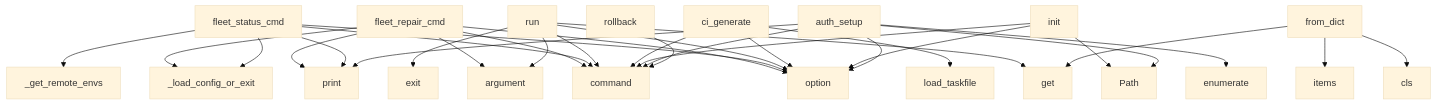
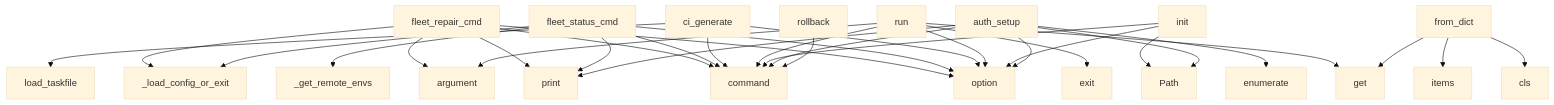
The diagram in project/context.md (pyfunc/taskfile), drawn with Mermaid (base theme) before and after one commit. The commit also changed other lines of this file and 20 other files, not shown here.

````diff
--- a/project/context.md
+++ b/project/context.md
@@ -642,33 +640,33 @@
 ```mermaid
 graph TD
     fleet_repair_cmd --> command
     fleet_repair_cmd --> argument
     fleet_repair_cmd --> option
     fleet_repair_cmd --> _load_config_or_exit
     fleet_repair_cmd --> print
     fleet_status_cmd --> command
     fleet_status_cmd --> option
     fleet_status_cmd --> _load_config_or_exit
     fleet_status_cmd --> _get_remote_envs
     fleet_status_cmd --> print
+    ci_generate --> command
+    ci_generate --> option
+    ci_generate --> load_taskfile
     run --> command
     run --> argument
     run --> option
     run --> get
     run --> exit
-    ci_generate --> command
-    ci_generate --> option
-    ci_generate --> load_taskfile
     from_dict --> get
     from_dict --> cls
     from_dict --> items
     init --> command
     init --> option
     init --> Path
     auth_setup --> command
     auth_setup --> option
     auth_setup --> print
     auth_setup --> Path
     auth_setup --> enumerate
     rollback --> command
 ```
````
